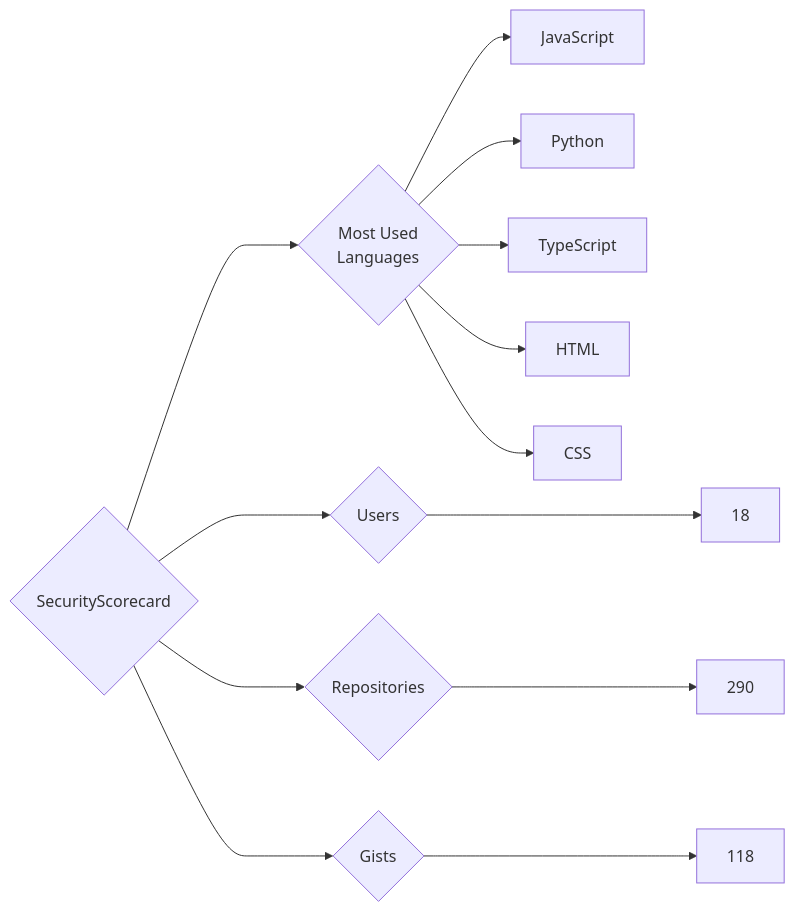
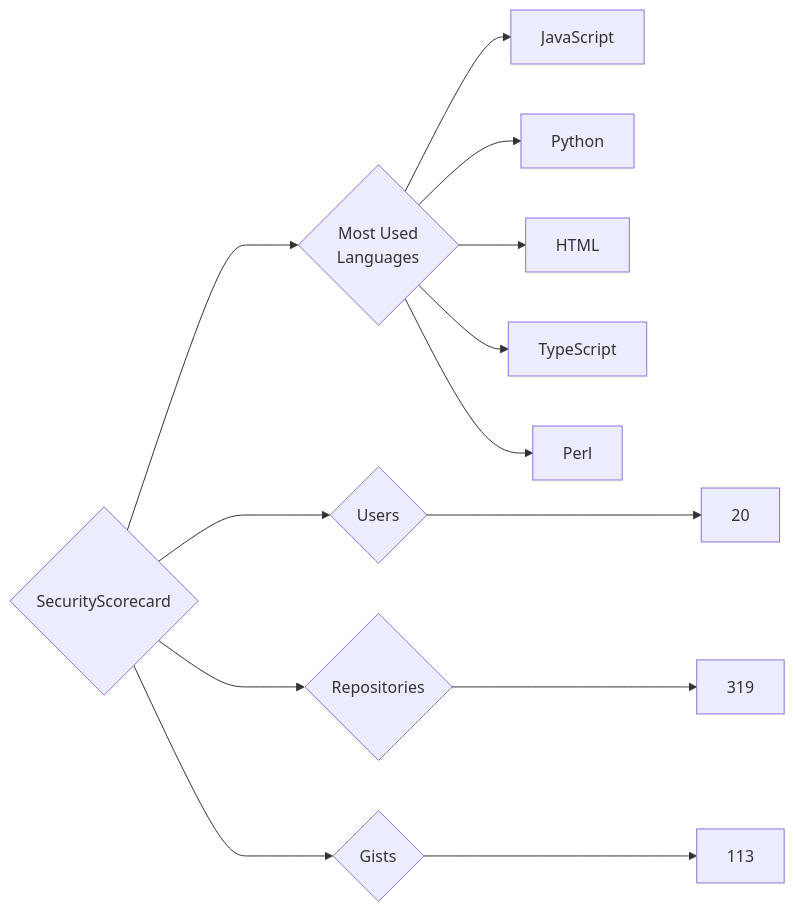
Before and after one commit to trickest/insiders: the diagram in targets/SecurityScorecard/README.md, drawn with Mermaid. The commit also changed 964 other files, not shown here.

````diff
--- a/targets/SecurityScorecard/README.md
+++ b/targets/SecurityScorecard/README.md
@@ -3,13 +3,13 @@
 ```mermaid
 graph LR
 COMPANY_NAME{SecurityScorecard}
-COMPANY_NAME ---> U{Users} ---> UN[18]
-COMPANY_NAME ---> R{Repositories} ---> RN[290]
-COMPANY_NAME ---> G{Gists} ---> GN[118]
+COMPANY_NAME ---> U{Users} ---> UN[20]
+COMPANY_NAME ---> R{Repositories} ---> RN[319]
+COMPANY_NAME ---> G{Gists} ---> GN[113]
 COMPANY_NAME ---> ML{Most Used<br>Languages}
 ML --> JavaScript[JavaScript]
 ML --> Python[Python]
+ML --> HTML[HTML]
 ML --> TypeScript[TypeScript]
-ML --> HTML[HTML]
-ML --> CSS[CSS]
+ML --> Perl[Perl]
 ```
````
